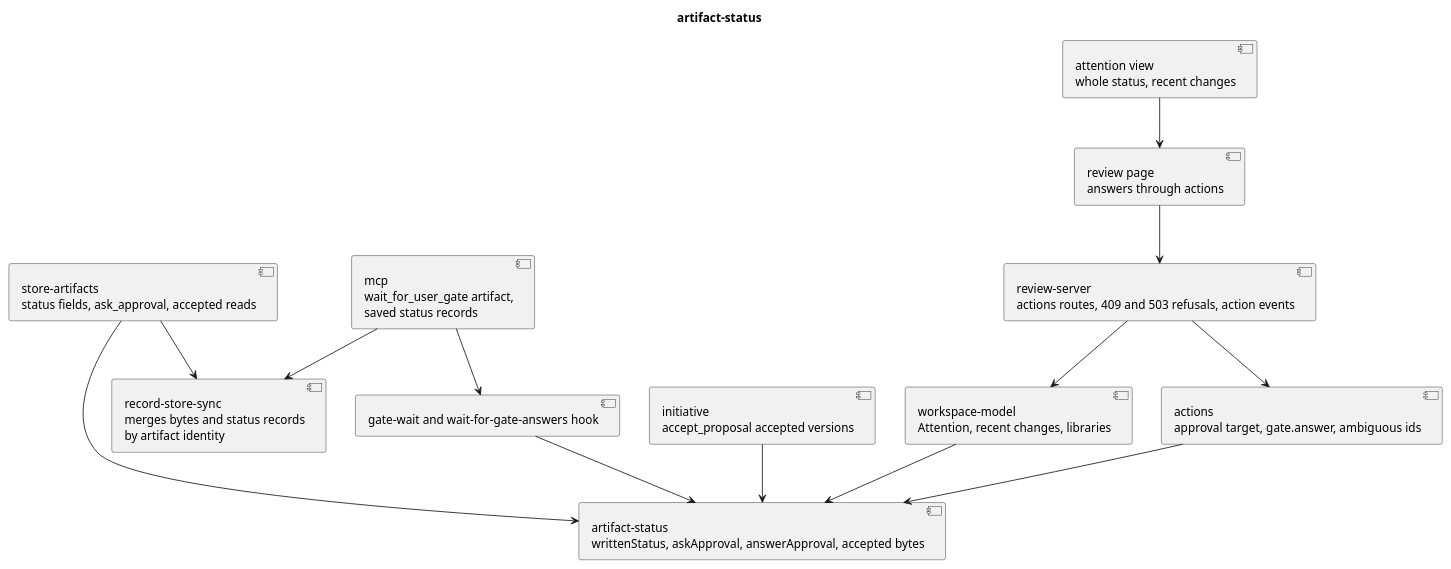
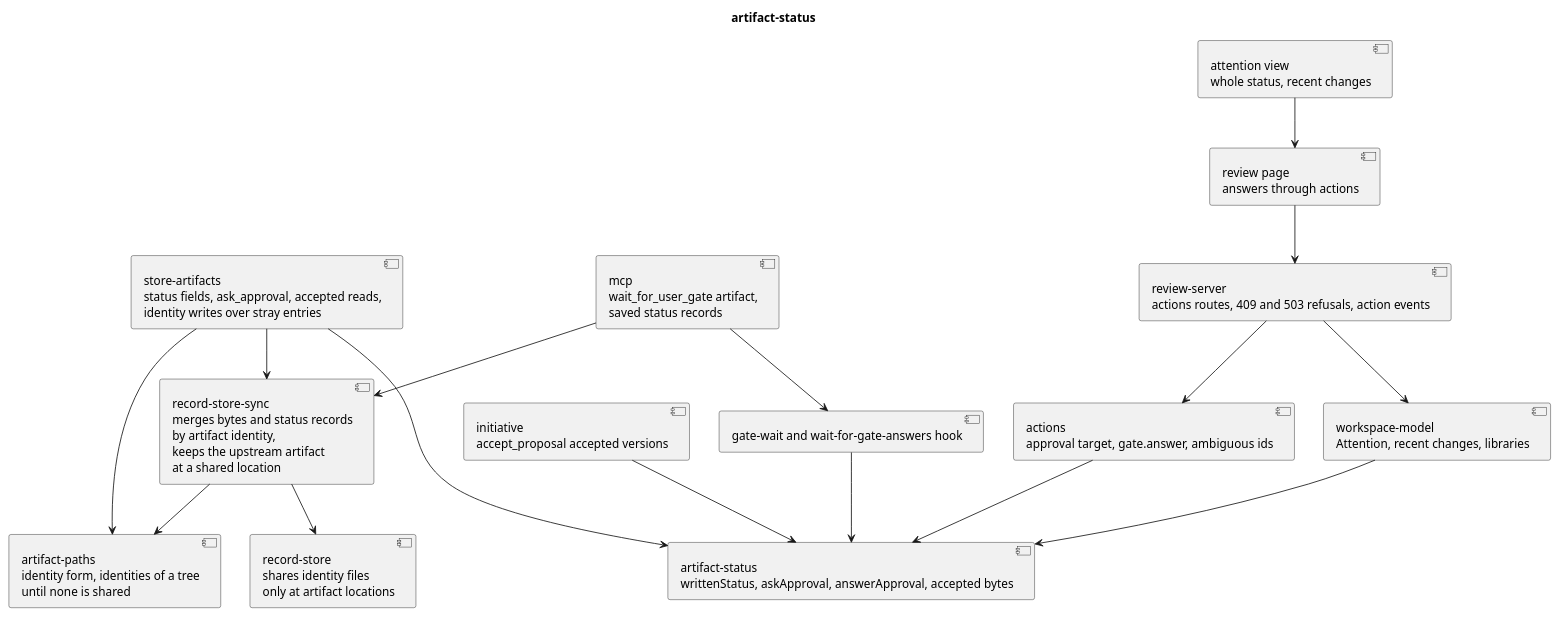
The diagram in docs/plans/workspace-artifacts/artifact-status/code.puml (RumyantsevMichael/Prism), drawn with PlantUML before and after one commit. The commit also changed 6 other files, not shown here.

First line of the commit message:
chore: make store identities unique and page artifact comments

```diff
--- a/docs/plans/workspace-artifacts/artifact-status/code.puml
+++ b/docs/plans/workspace-artifacts/artifact-status/code.puml
@@ -1,28 +1,33 @@
 @startuml
 title artifact-status
 
 component "artifact-status\nwrittenStatus, askApproval, answerApproval, accepted bytes" as status
-component "store-artifacts\nstatus fields, ask_approval, accepted reads" as tools
+component "store-artifacts\nstatus fields, ask_approval, accepted reads,\nidentity writes over stray entries" as tools
 component "initiative\naccept_proposal accepted versions" as initiative
 component "workspace-model\nAttention, recent changes, libraries" as model
 component "actions\napproval target, gate.answer, ambiguous ids" as actions
 component "review-server\nactions routes, 409 and 503 refusals, action events" as server
 component "review page\nanswers through actions" as page
 component "attention view\nwhole status, recent changes" as view
 component "gate-wait and wait-for-gate-answers hook" as wait
 component "mcp\nwait_for_user_gate artifact,\nsaved status records" as mcp
-component "record-store-sync\nmerges bytes and status records\nby artifact identity" as sync
+component "record-store-sync\nmerges bytes and status records\nby artifact identity,\nkeeps the upstream artifact\nat a shared location" as sync
+component "artifact-paths\nidentity form, identities of a tree\nuntil none is shared" as paths
+component "record-store\nshares identity files\nonly at artifact locations" as layout
 
 tools --> status
 initiative --> status
 model --> status
 server --> model
 server --> actions
 actions --> status
 view --> page
 page --> server
 mcp --> wait
 wait --> status
 mcp --> sync
 tools --> sync
+tools --> paths
+sync --> paths
+sync --> layout
 @enduml
```
